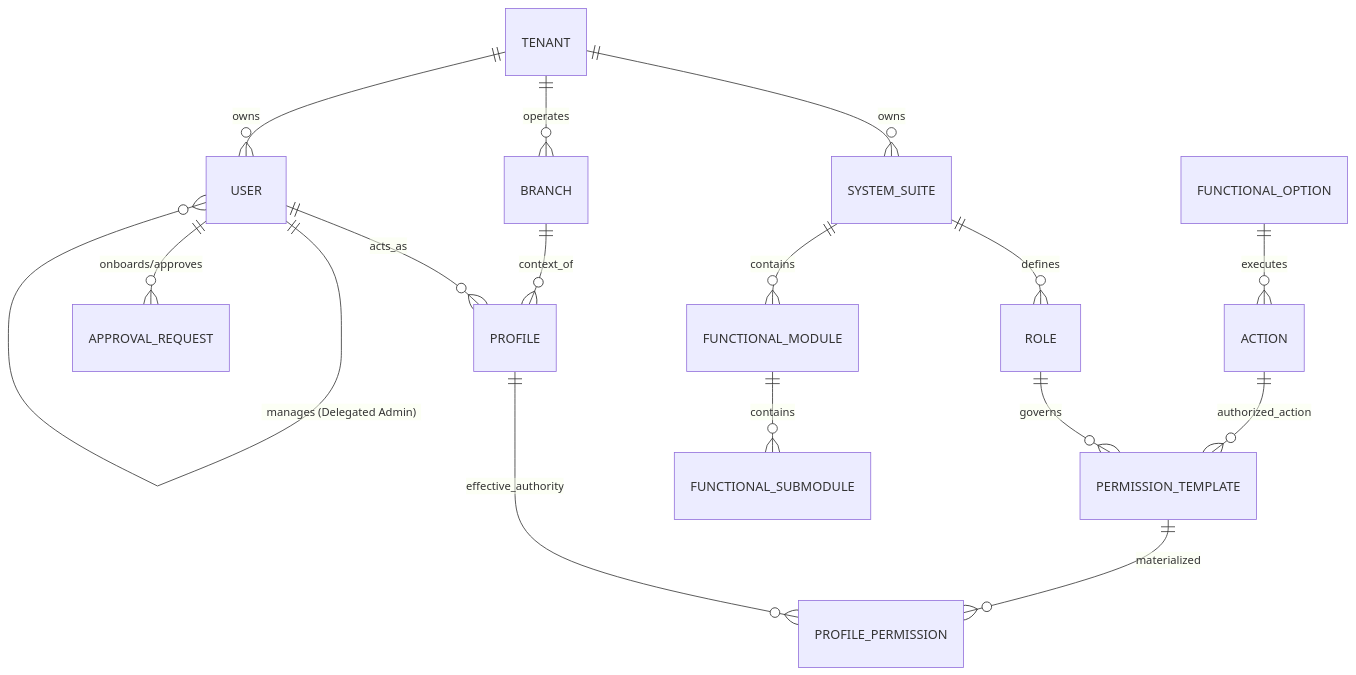
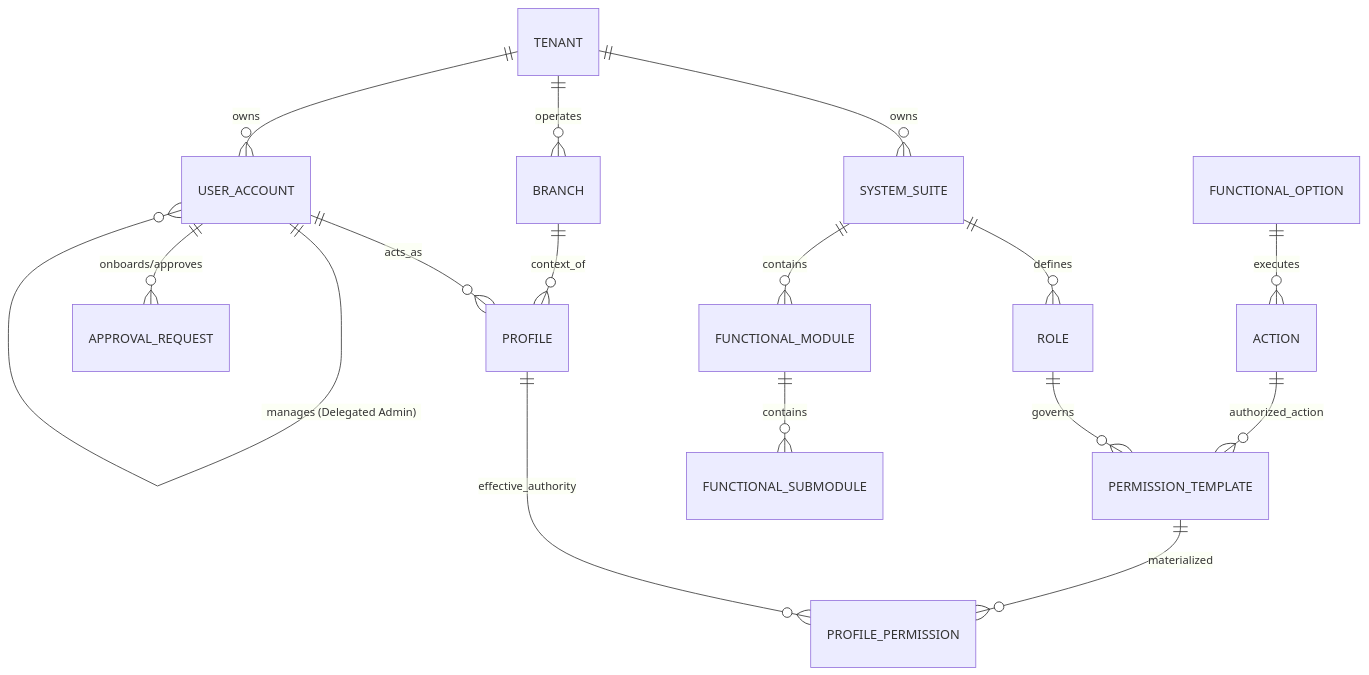
The first of 4 diagrams in architecture/blueprints/database-design-er.md (beyondnetcode/ums), drawn with Mermaid before and after one commit. The commit also changed other lines of this file and 2 other files, not shown here.

Commit message:
fix(auth): unify user table naming to USER_ACCOUNT to resolve reference errors

````diff
--- a/architecture/blueprints/database-design-er.md
+++ b/architecture/blueprints/database-design-er.md
@@ -27,23 +27,23 @@
 ```mermaid
 erDiagram
     TENANT ||--o{ SYSTEM_SUITE : "owns"
     TENANT ||--o{ BRANCH : "operates"
-    TENANT ||--o{ USER : "owns"
+    TENANT ||--o{ USER_ACCOUNT : "owns"
     SYSTEM_SUITE ||--o{ ROLE : "defines"
     SYSTEM_SUITE ||--o{ FUNCTIONAL_MODULE : "contains"
     
     ROLE ||--o{ PERMISSION_TEMPLATE : "governs"
     PERMISSION_TEMPLATE ||--o{ PROFILE_PERMISSION : "materialized"
     
-    USER ||--o{ PROFILE : "acts_as"
-    USER ||--o{ USER : "manages (Delegated Admin)"
-    USER ||--o{ APPROVAL_REQUEST : "onboards/approves"
+    USER_ACCOUNT ||--o{ PROFILE : "acts_as"
+    USER_ACCOUNT ||--o{ USER_ACCOUNT : "manages (Delegated Admin)"
+    USER_ACCOUNT ||--o{ APPROVAL_REQUEST : "onboards/approves"
     
     BRANCH ||--o{ PROFILE : "context_of"
     PROFILE ||--o{ PROFILE_PERMISSION : "effective_authority"
     
     FUNCTIONAL_MODULE ||--o{ FUNCTIONAL_SUBMODULE : "contains"
     FUNCTIONAL_OPTION ||--o{ ACTION : "executes"
     
     ACTION ||--o{ PERMISSION_TEMPLATE : "authorized_action"
 ```
````
